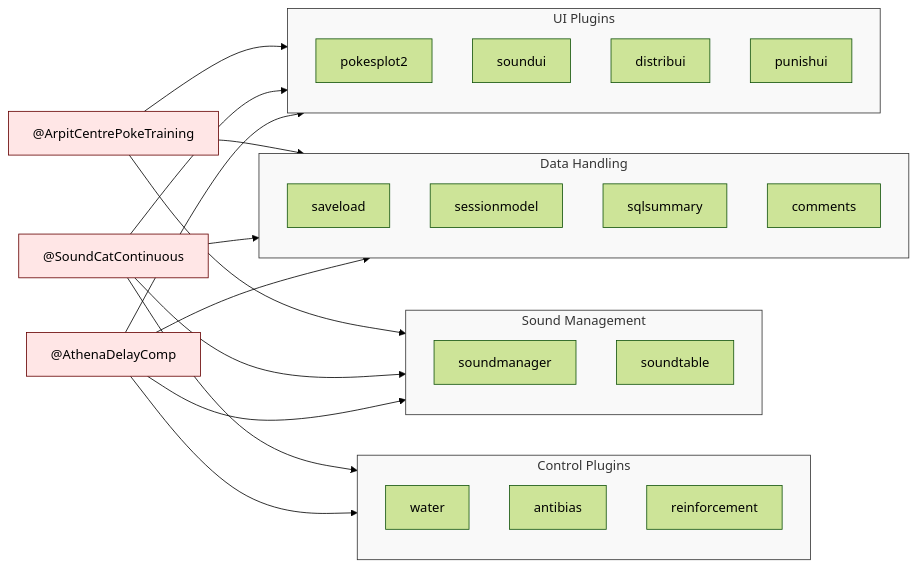
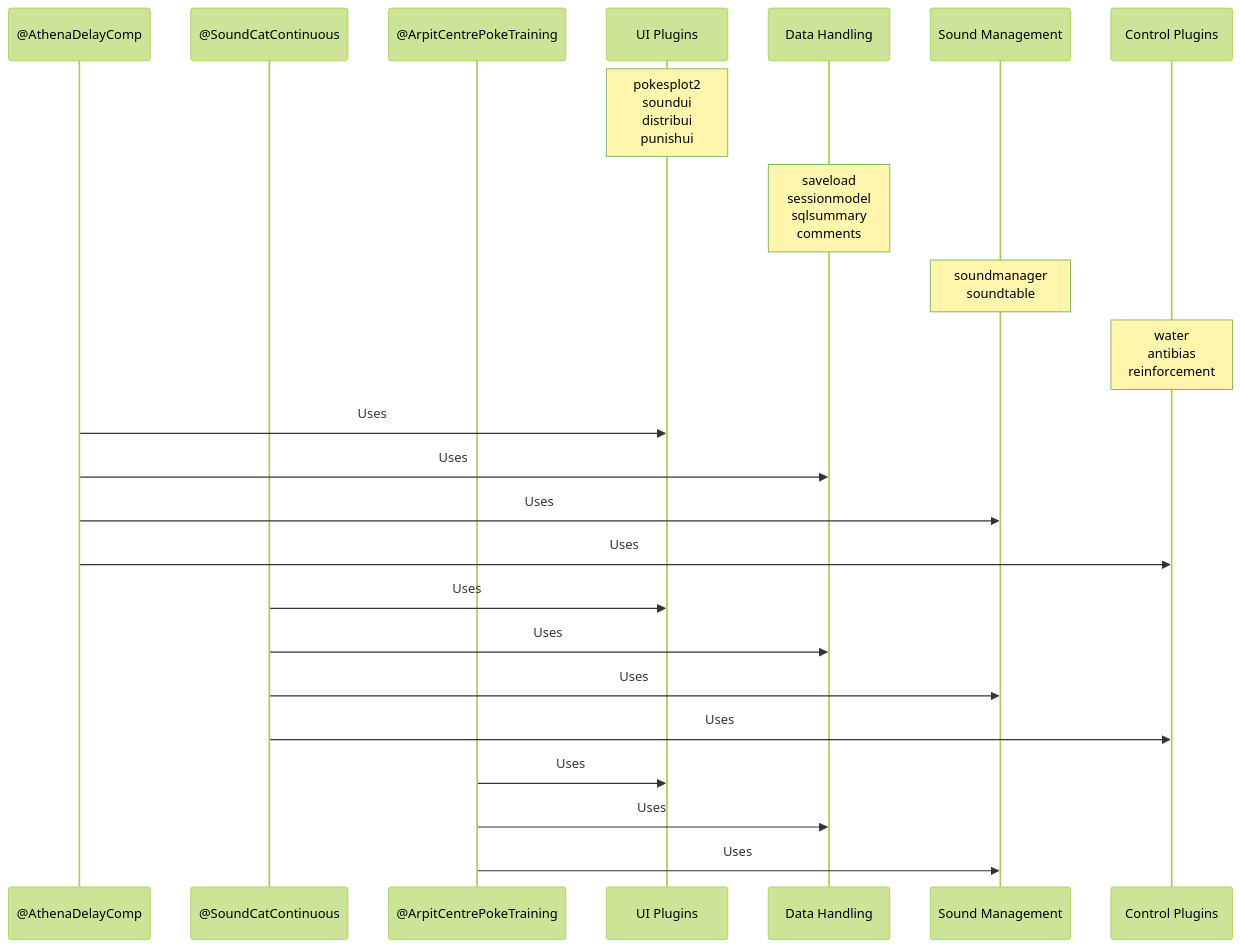
The second of 4 diagrams in docs/architecture/system-architecture.md (LIMLabSWC/ratter), drawn with Mermaid (forest theme) before and after one commit. The commit also changed other lines of this file, not shown here.

Commit message:
update mermaid graphs

````diff
--- a/docs/architecture/system-architecture.md
+++ b/docs/architecture/system-architecture.md
@@ -60,44 +36,29 @@
 ```mermaid
-graph LR
-    %% Plugin Categories
-    subgraph UI ["UI Plugins"]
-        direction TB
-        pokesplot2
-        soundui
-        distribui
-        punishui
-    end
+sequenceDiagram
+    participant AD as @AthenaDelayComp
+    participant SC as @SoundCatContinuous
+    participant AC as @ArpitCentrePokeTraining
+    participant UI as UI Plugins
+    participant Data as Data Handling
+    participant Sound as Sound Management
+    participant Control as Control Plugins
+    
+    Note over UI: pokesplot2<br>soundui<br>distribui<br>punishui
+    Note over Data: saveload<br>sessionmodel<br>sqlsummary<br>comments
+    Note over Sound: soundmanager<br>soundtable
+    Note over Control: water<br>antibias<br>reinforcement
 
-    subgraph Data ["Data Handling"]
-        direction TB
-        saveload
-        sessionmodel
-        sqlsummary
-        comments
-    end
-
-    subgraph Sound ["Sound Management"]
-        direction TB
-        soundmanager
-        soundtable
-    end
-
-    subgraph Control ["Control Plugins"]
-        direction TB
-        water
-        antibias
-        reinforcement
-    end
-
-    %% Protocol Usage
-    AD["@AthenaDelayComp"] --> UI & Data & Sound & Control
-    SC["@SoundCatContinuous"] --> UI & Data & Sound & Control
-    AC["@ArpitCentrePokeTraining"] --> UI & Data & Sound
+    AD->>UI: Uses
+    AD->>Data: Uses
+    AD->>Sound: Uses
+    AD->>Control: Uses
     
-    %% Style
-    classDef group fill:#f9f9f9,stroke:#333,stroke-width:1px
-    classDef proto fill:#ffe6e6,stroke:#600,stroke-width:1px
+    SC->>UI: Uses
+    SC->>Data: Uses
+    SC->>Sound: Uses
+    SC->>Control: Uses
     
-    class UI,Data,Sound,Control group
-    class AD,SC,AC proto
+    AC->>UI: Uses
+    AC->>Data: Uses
+    AC->>Sound: Uses
 ```
````
